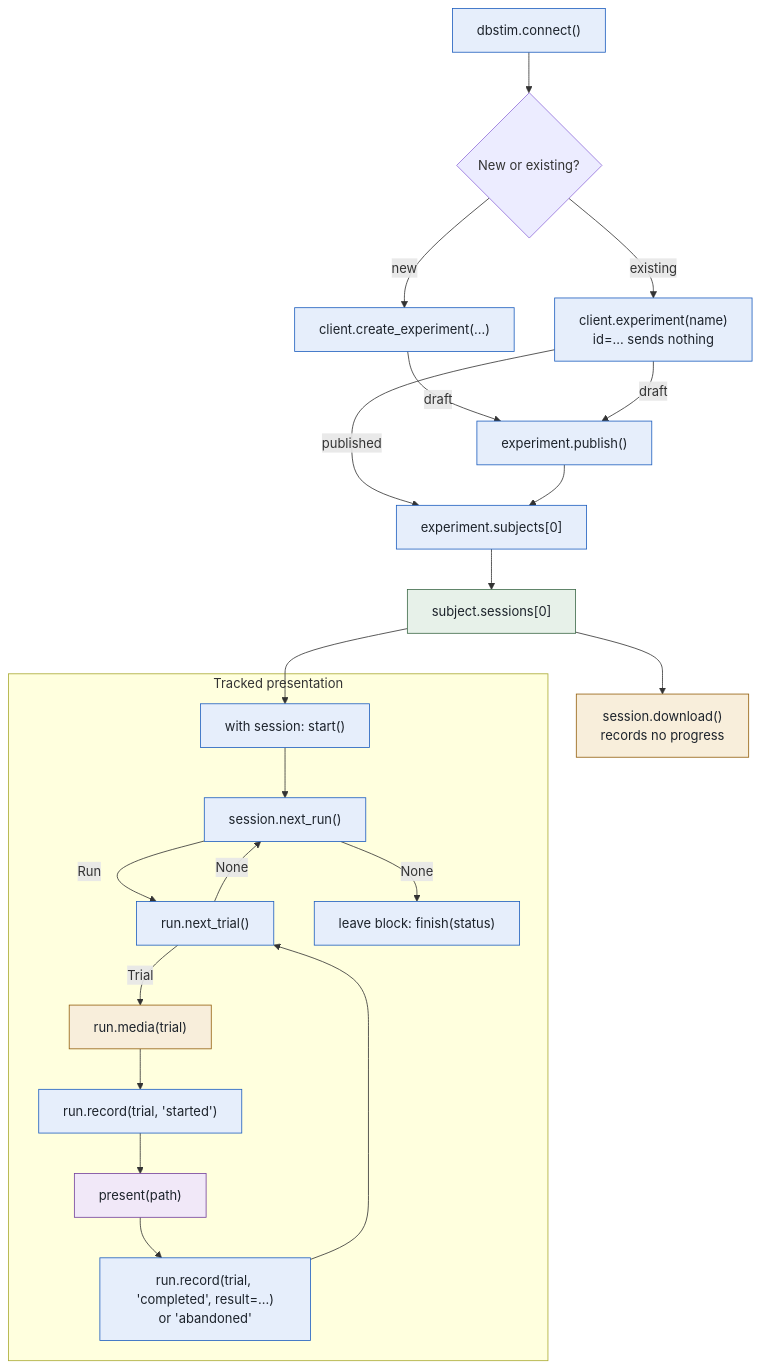
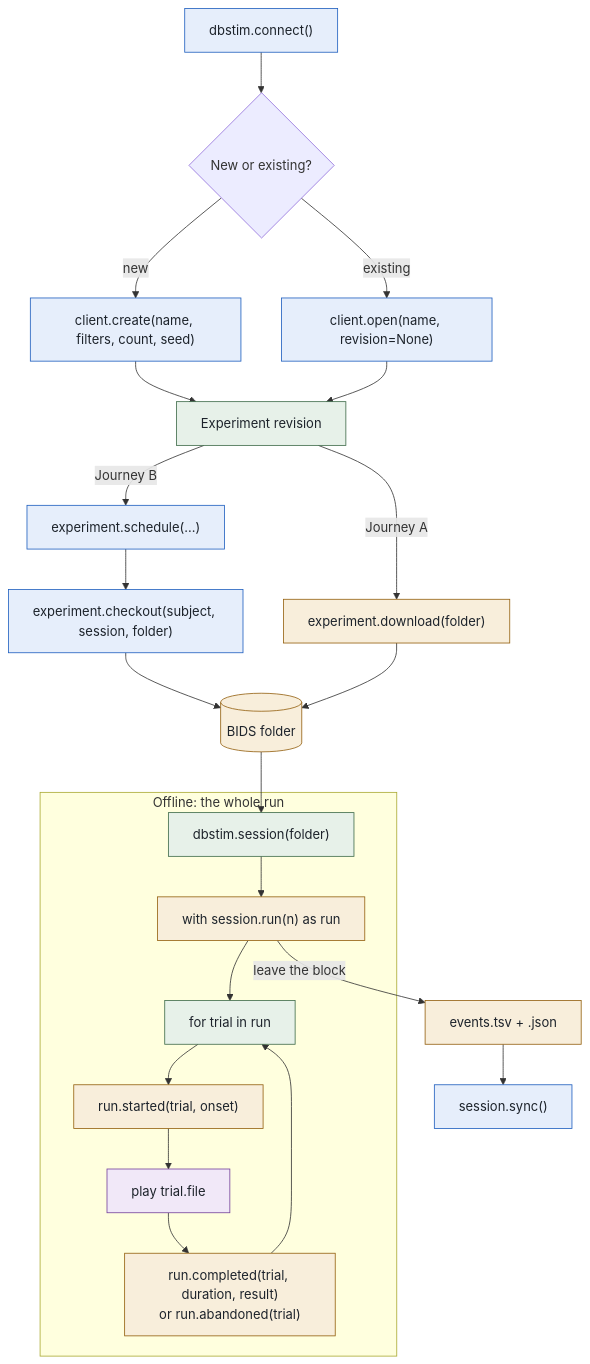
One commit to StanfordDigitalBrainProject/dbstim changed the first of 2 diagrams in docs/api-interface.md. Above: the diagram before and after it, drawn with Mermaid. The commit also changed other lines of this file and 15 other files, not shown here.

````diff
--- a/docs/api-interface.md
+++ b/docs/api-interface.md
@@ -9,28 +9,28 @@
 ```mermaid
 flowchart TD
     connect["dbstim.connect()"]:::http --> choice{New or existing?}
-    choice -->|new| create["client.create_experiment(...)"]:::http
-    choice -->|existing| reopen["client.experiment(name)<br/>id=... sends nothing"]:::http
-    create -->|draft| publish["experiment.publish()"]:::http
-    reopen -->|draft| publish
-    reopen -->|published| subjects
-    publish --> subjects["experiment.subjects[0]"]:::http
-    subjects --> sessions["subject.sessions[0]"]:::local
-    sessions --> download["session.download()<br/>records no progress"]:::disk
-    sessions --> enter
-    subgraph tracked["Tracked presentation"]
-        enter["with session: start()"]:::http --> nextRun["session.next_run()"]:::http
-        nextRun -->|Run| nextTrial["run.next_trial()"]:::http
-        nextTrial -->|Trial| media["run.media(trial)"]:::disk
-        media --> started["run.record(trial, 'started')"]:::http
-        started --> present["present(path)"]:::yours
-        present --> ended["run.record(trial, 'completed', result=...)<br/>or 'abandoned'"]:::http
-        ended --> nextTrial
-        nextTrial -->|None| nextRun
-        nextRun -->|None| finish["leave block: finish(status)"]:::http
+    choice -->|new| create["client.create(name, filters, count, seed)"]:::http
+    choice -->|existing| reopen["client.open(name, revision=None)"]:::http
+    create --> experiment["Experiment revision"]:::local
+    reopen --> experiment
+    experiment -->|"Journey A"| download["experiment.download(folder)"]:::disk
+    experiment -->|"Journey B"| schedule["experiment.schedule(...)"]:::http
+    schedule --> checkout["experiment.checkout(subject, session, folder)"]:::http
+    checkout --> folder[("BIDS folder")]:::disk
+    download --> folder
+    subgraph offline["Offline: the whole run"]
+        reopenSession["dbstim.session(folder)"]:::local --> run["with session.run(n) as run"]:::disk
+        run --> trial["for trial in run"]:::local
+        trial --> started["run.started(trial, onset)"]:::disk
+        started --> present["play trial.file"]:::yours
+        present --> ended["run.completed(trial, duration, result)<br/>or run.abandoned(trial)"]:::disk
+        ended --> trial
     end
+    folder --> reopenSession
+    run -->|"leave the block"| events["events.tsv + .json"]:::disk
+    events --> sync["session.sync()"]:::http
     classDef http fill:#e6eefb,stroke:#1f5fbf,color:#1d232b
     classDef local fill:#e7f1e9,stroke:#3f6b4a,color:#1d232b
     classDef disk fill:#f8eedb,stroke:#94600f,color:#1d232b
     classDef yours fill:#f1e8f8,stroke:#74419c,color:#1d232b
 ```
````
